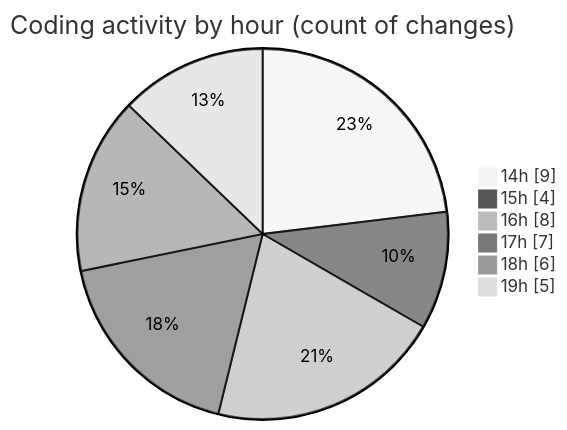
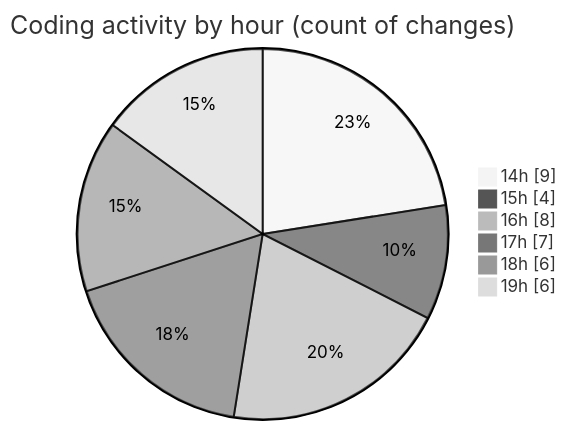
Before and after one commit to JenPaints/code-tracking: the second of 2 diagrams in 2025-05-28/kimberly-groups/README.md, drawn with Mermaid (neutral theme). The commit also changed other lines of this file and 1 other file, not shown here.

````diff
--- a/2025-05-28/kimberly-groups/README.md
+++ b/2025-05-28/kimberly-groups/README.md
@@ -39,10 +39,10 @@
 ```mermaid
 pie showData
 title Coding activity by hour (count of changes)
 "14h" : 9
 "15h" : 4
 "16h" : 8
 "17h" : 7
 "18h" : 6
-"19h" : 5
+"19h" : 6
 ```
````
